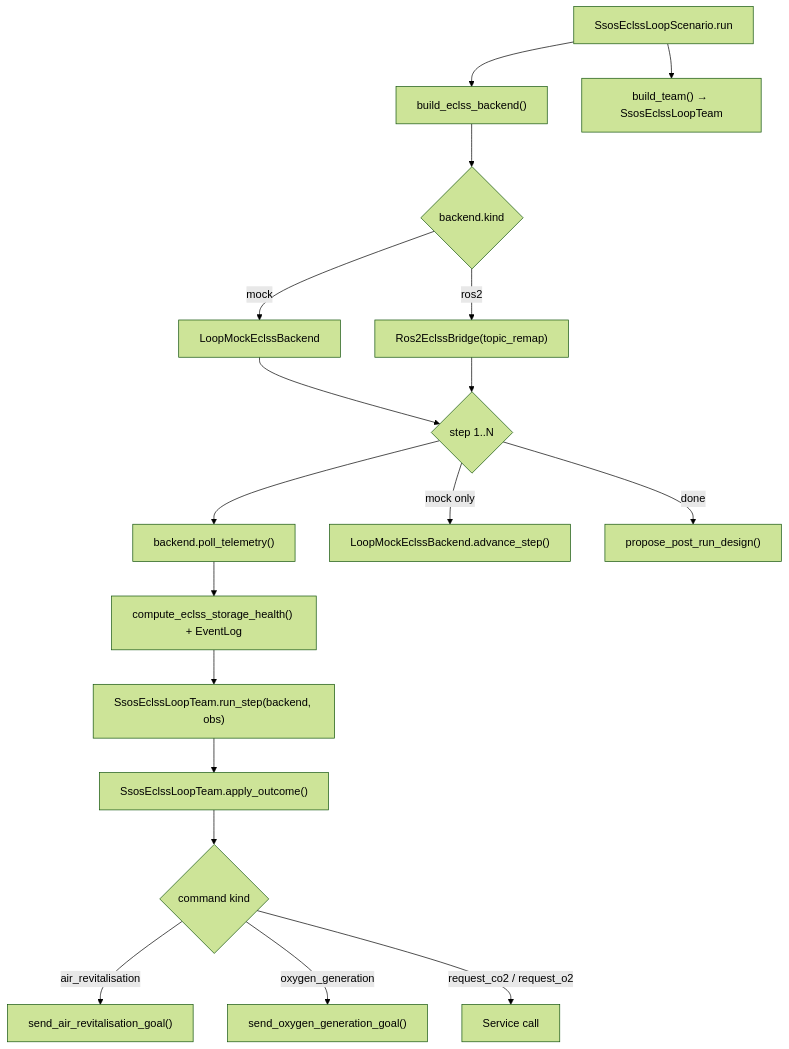
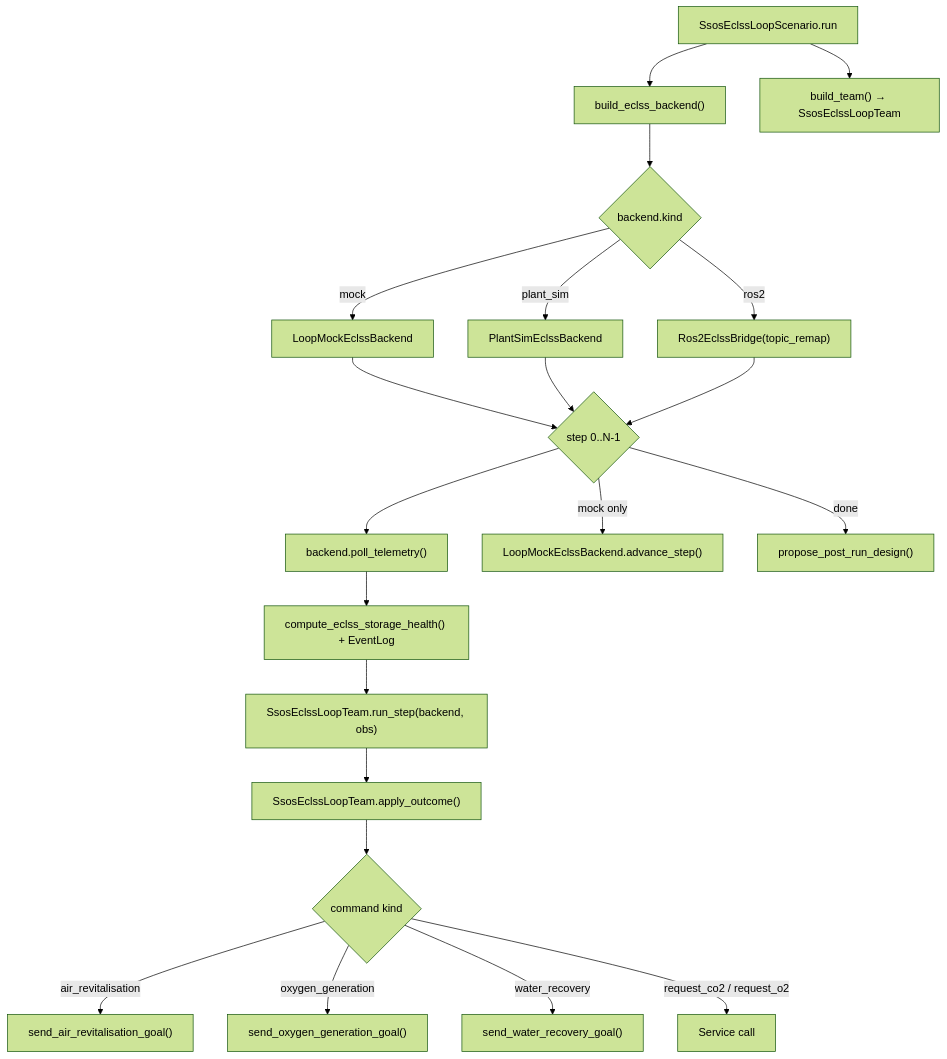
The fifth of 5 diagrams in docs/ja/architecture.md (hirototamura/engineering_agents), drawn with Mermaid (forest theme) before and after one commit. The commit also changed other lines of this file and 20 other files, not shown here.

Commit message:
docs: sync ssos CLI defaults, WRS team, and plant_sim (#80)

````diff
--- a/docs/ja/architecture.md
+++ b/docs/ja/architecture.md
@@ -557,20 +562,23 @@
 ```mermaid
 flowchart TD
   A["SsosEclssLoopScenario.run"] --> B["build_eclss_backend()"]
   B --> B1{"backend.kind"}
   B1 -->|mock| B2["LoopMockEclssBackend"]
+  B1 -->|plant_sim| B2p["PlantSimEclssBackend"]
   B1 -->|ros2| B3["Ros2EclssBridge(topic_remap)"]
   A --> C["build_team() → SsosEclssLoopTeam"]
-  B2 --> D{"step 1..N"}
+  B2 --> D{"step 0..N-1"}
+  B2p --> D
   B3 --> D
   D --> E["backend.poll_telemetry()"]
   E --> F["compute_eclss_storage_health() + EventLog"]
   F --> G["SsosEclssLoopTeam.run_step(backend, obs)"]
   G --> H["SsosEclssLoopTeam.apply_outcome()"]
   H --> I{"command kind"}
   I -->|air_revitalisation| J["send_air_revitalisation_goal()"]
   I -->|oxygen_generation| K["send_oxygen_generation_goal()"]
+  I -->|water_recovery| Jw["send_water_recovery_goal()"]
   I -->|request_co2 / request_o2| L["Service call"]
   D -->|mock only| M["LoopMockEclssBackend.advance_step()"]
   D -->|done| N["propose_post_run_design()"]
 ```
````
